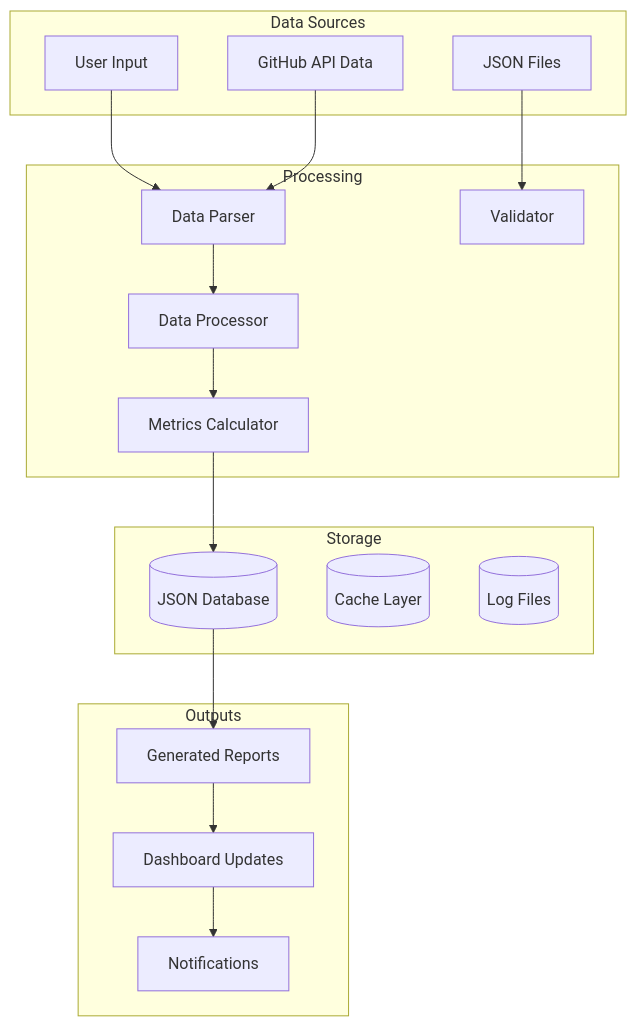
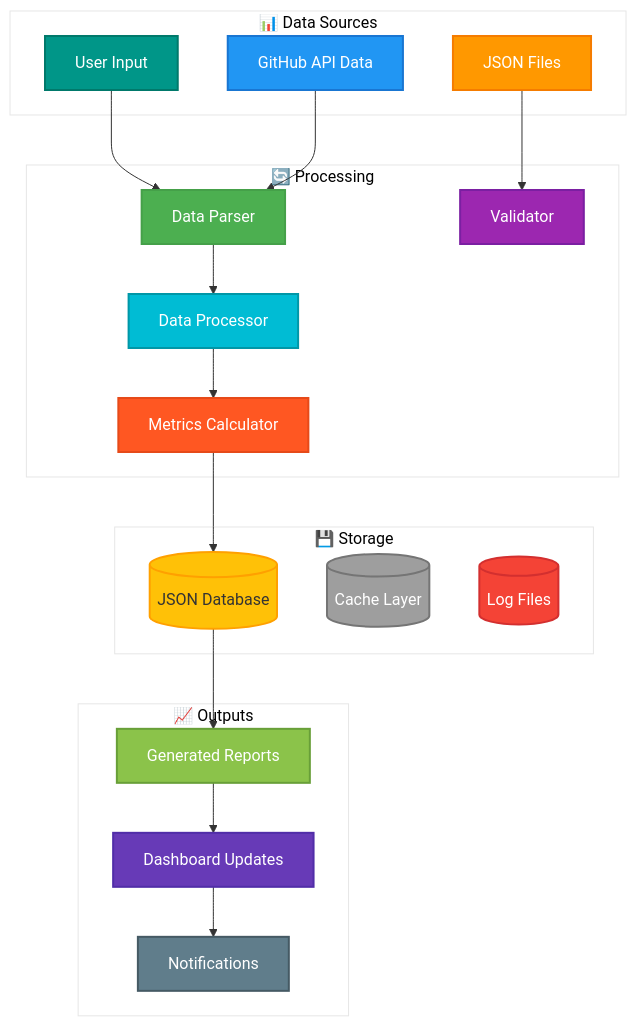
One commit to Shakour-Data/AutoProjectManagement changed the tenth of 13 diagrams in README.md. Above: the diagram before and after it, drawn with Mermaid. The commit also changed other lines of this file, not shown here.

Commit message:
`Added detailed system architecture diagrams and UML diagrams to the README file.`

````diff
--- a/README.md
+++ b/README.md
@@ -239,37 +349,52 @@
 ```mermaid
+%%{init: {'theme':'base', 'themeVariables': { 'primaryColor': '#009688', 'primaryTextColor': '#fff', 'primaryBorderColor': '#00796B', 'lineColor': '#333', 'secondaryColor': '#E91E63', 'tertiaryColor': '#fff'}}}%%
 flowchart TD
-    subgraph "Data Sources"
+    subgraph "📊 Data Sources"
         UserInput[User Input]
         GitHubData[GitHub API Data]
         JSONFiles[JSON Files]
     end
     
-    subgraph "Processing"
+    subgraph "🔄 Processing"
         Parser[Data Parser]
         Validator[Validator]
         Processor[Data Processor]
         Calculator[Metrics Calculator]
     end
     
-    subgraph "Storage"
+    subgraph "💾 Storage"
         JSONDB[(JSON Database)]
         Cache[(Cache Layer)]
         Logs[(Log Files)]
     end
     
-    subgraph "Outputs"
+    subgraph "📈 Outputs"
         Reports[Generated Reports]
         Notifications[Notifications]
         Dashboard[Dashboard Updates]
     end
     
     UserInput --> Parser
     GitHubData --> Parser
     JSONFiles --> Validator
     Parser --> Processor
     Processor --> Calculator
     Calculator --> JSONDB
     JSONDB --> Reports
     Reports --> Dashboard
     Dashboard --> Notifications
+    
+    style UserInput fill:#009688,stroke:#00796B,stroke-width:2px,color:#fff
+    style GitHubData fill:#2196F3,stroke:#1976D2,stroke-width:2px,color:#fff
+    style JSONFiles fill:#FF9800,stroke:#F57C00,stroke-width:2px,color:#fff
+    style Parser fill:#4CAF50,stroke:#45a049,stroke-width:2px,color:#fff
+    style Validator fill:#9C27B0,stroke:#7B1FA2,stroke-width:2px,color:#fff
+    style Processor fill:#00BCD4,stroke:#0097A7,stroke-width:2px,color:#fff
+    style Calculator fill:#FF5722,stroke:#E64A19,stroke-width:2px,color:#fff
+    style JSONDB fill:#FFC107,stroke:#FFA000,stroke-width:2px,color:#333
+    style Cache fill:#9E9E9E,stroke:#757575,stroke-width:2px,color:#fff
+    style Logs fill:#F44336,stroke:#D32F2F,stroke-width:2px,color:#fff
+    style Reports fill:#8BC34A,stroke:#689F38,stroke-width:2px,color:#fff
+    style Notifications fill:#607D8B,stroke:#455A64,stroke-width:2px,color:#fff
+    style Dashboard fill:#673AB7,stroke:#512DA8,stroke-width:2px,color:#fff
 ```
````
